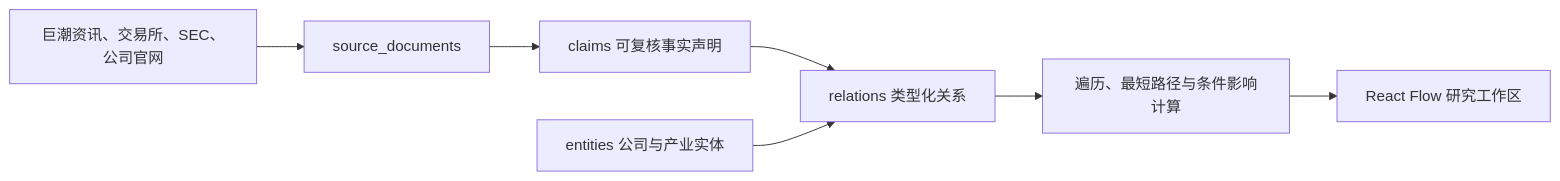
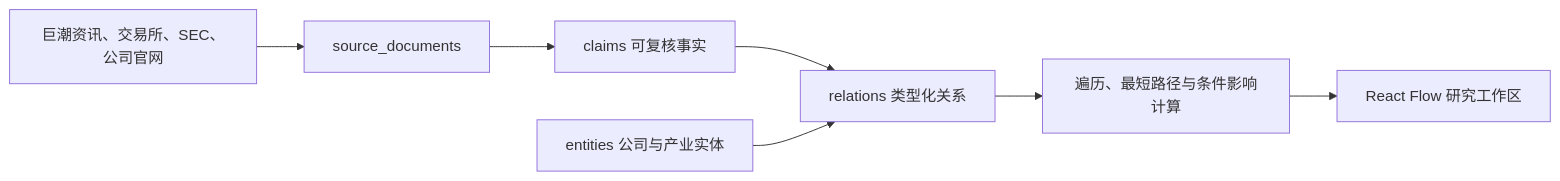
The third of 3 diagrams in README.md (judefluen-coder/ai-chaingraph), drawn with Mermaid before and after one commit. The commit also changed other lines of this file and 1 other file, not shown here.

````diff
--- a/README.md
+++ b/README.md
@@ -138,9 +153,9 @@
 ```mermaid
 flowchart LR
     A["巨潮资讯、交易所、SEC、公司官网"] --> B["source_documents"]
-    B --> C["claims 可复核事实声明"]
+    B --> C["claims 可复核事实"]
     C --> D["relations 类型化关系"]
     E["entities 公司与产业实体"] --> D
     D --> F["遍历、最短路径与条件影响计算"]
     F --> G["React Flow 研究工作区"]
 ```
````
